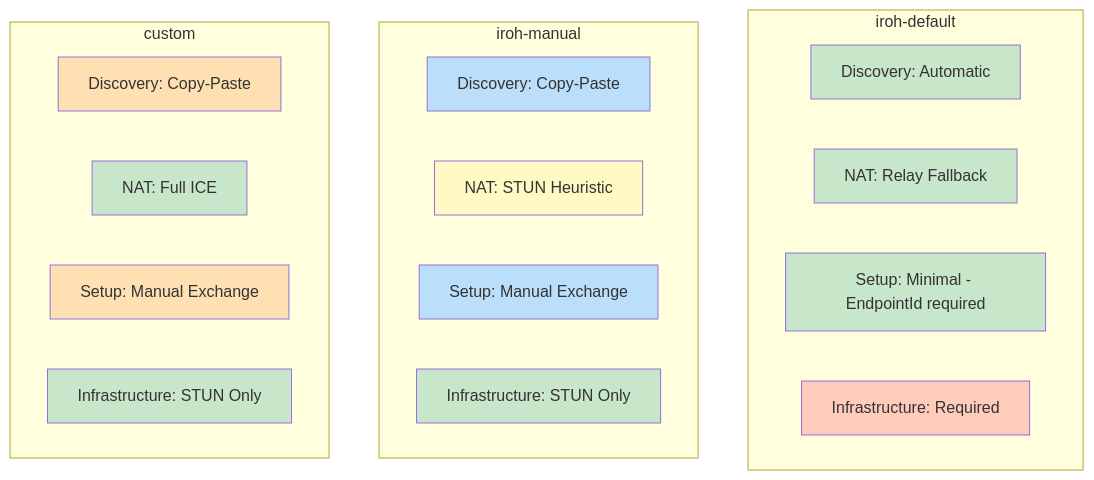
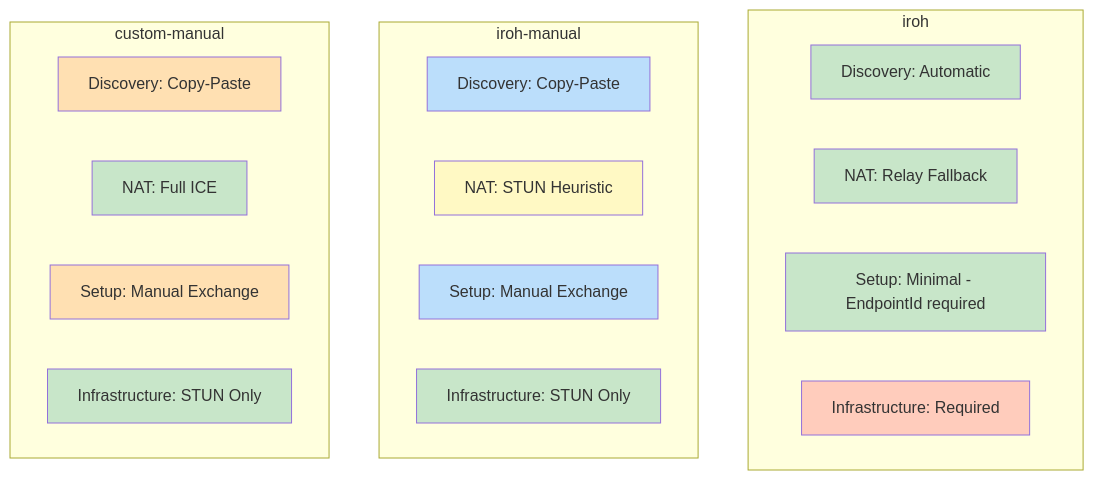
Before and after one commit to andrewtheguy/vpn-rs: the third of 38 diagrams in docs/ARCHITECTURE.md, drawn with Mermaid. The commit also changed other lines of this file and 5 other files, not shown here.

````diff
--- a/docs/ARCHITECTURE.md
+++ b/docs/ARCHITECTURE.md
@@ -118,38 +118,38 @@
 ```mermaid
 graph TD
-    subgraph "iroh-default"
+    subgraph "iroh"
         A1[Discovery: Automatic]
         A2[NAT: Relay Fallback]
         A3[Setup: Minimal - EndpointId required]
         A4[Infrastructure: Required]
     end
     
     subgraph "iroh-manual"
         B1[Discovery: Copy-Paste]
         B2[NAT: STUN Heuristic]
         B3[Setup: Manual Exchange]
         B4[Infrastructure: STUN Only]
     end
     
-    subgraph "custom"
+    subgraph "custom-manual"
         C1[Discovery: Copy-Paste]
         C2[NAT: Full ICE]
         C3[Setup: Manual Exchange]
         C4[Infrastructure: STUN Only]
     end
     
     style A1 fill:#C8E6C9
     style A2 fill:#C8E6C9
     style A3 fill:#C8E6C9
     style A4 fill:#FFCCBC
     
     style B1 fill:#BBDEFB
     style B2 fill:#FFF9C4
     style B3 fill:#BBDEFB
     style B4 fill:#C8E6C9
     
     style C1 fill:#FFE0B2
     style C2 fill:#C8E6C9
     style C3 fill:#FFE0B2
     style C4 fill:#C8E6C9
 ```
````
